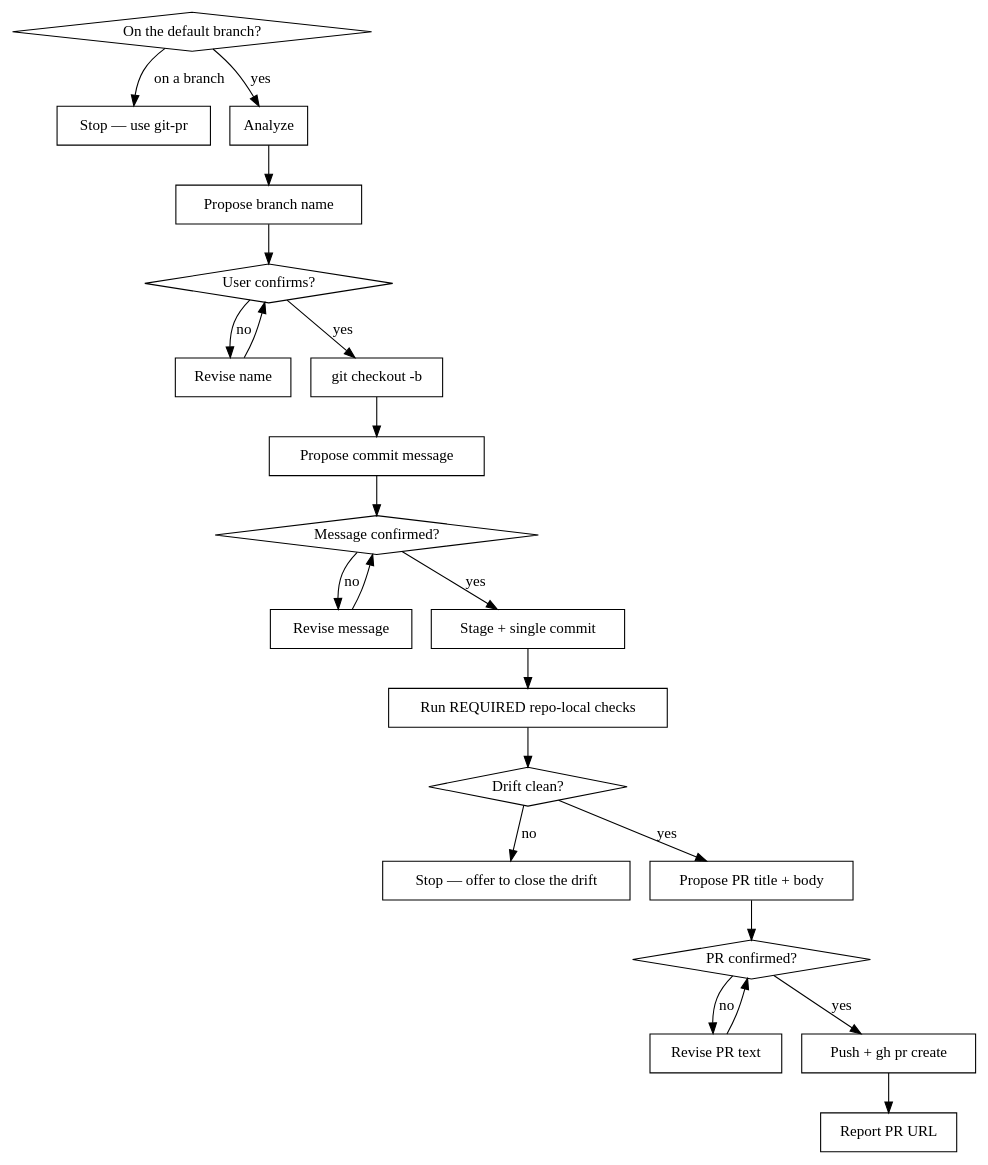
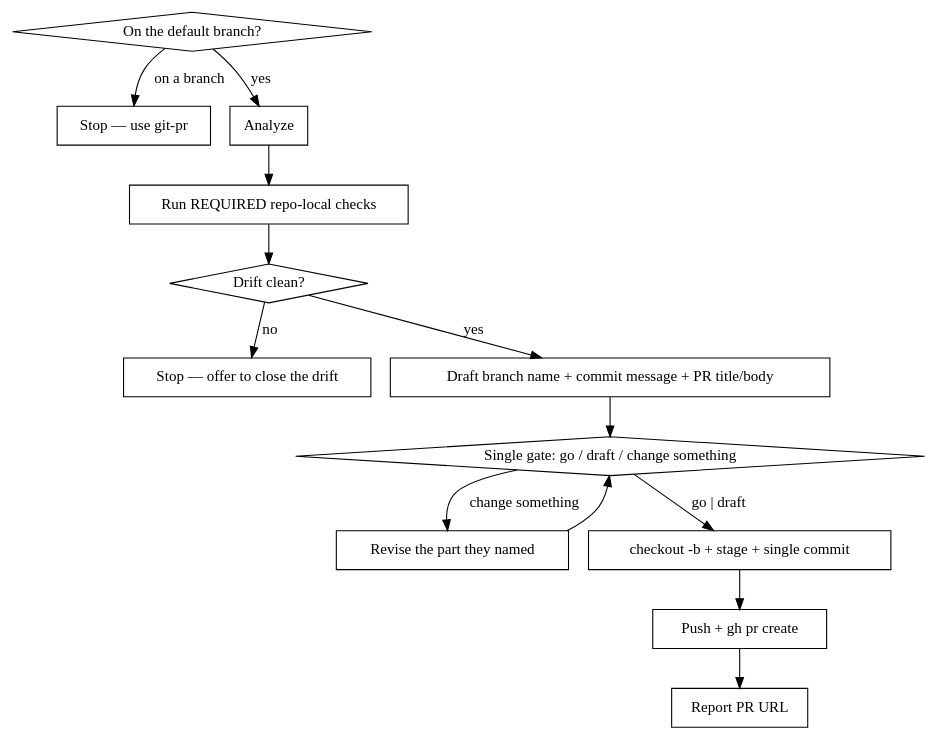
One commit to l0lxl0lw/dotfiles changed the diagram in ai/shared/skills/git/git-branch-and-pr/SKILL.md. Above: the diagram before and after it, drawn with Graphviz. The commit also changed other lines of this file and 4 other files, not shown here.

First line of the commit message:
refactor(skills): collapse the git skills to a single question gate

````diff
--- a/ai/shared/skills/git/git-branch-and-pr/SKILL.md
+++ b/ai/shared/skills/git/git-branch-and-pr/SKILL.md
@@ -31,45 +31,29 @@
 ```dot
 digraph branchandpr {
     "On the default branch?" [shape=diamond];
     "Stop — use git-pr" [shape=box];
     "Analyze" [shape=box];
-    "Propose branch name" [shape=box];
-    "User confirms?" [shape=diamond];
-    "Revise name" [shape=box];
-    "git checkout -b" [shape=box];
-    "Propose commit message" [shape=box];
-    "Message confirmed?" [shape=diamond];
-    "Revise message" [shape=box];
-    "Stage + single commit" [shape=box];
     "Run REQUIRED repo-local checks" [shape=box];
     "Drift clean?" [shape=diamond];
     "Stop — offer to close the drift" [shape=box];
-    "Propose PR title + body" [shape=box];
-    "PR confirmed?" [shape=diamond];
-    "Revise PR text" [shape=box];
+    "Draft branch name + commit message + PR title/body" [shape=box];
+    "Single gate: go / draft / change something" [shape=diamond];
+    "Revise the part they named" [shape=box];
+    "checkout -b + stage + single commit" [shape=box];
     "Push + gh pr create" [shape=box];
     "Report PR URL" [shape=box];
 
     "On the default branch?" -> "Stop — use git-pr" [label="on a branch"];
     "On the default branch?" -> "Analyze" [label="yes"];
-    "Analyze" -> "Propose branch name";
-    "Propose branch name" -> "User confirms?";
-    "User confirms?" -> "Revise name" [label="no"];
-    "Revise name" -> "User confirms?";
-    "User confirms?" -> "git checkout -b" [label="yes"];
-    "git checkout -b" -> "Propose commit message";
-    "Propose commit message" -> "Message confirmed?";
-    "Message confirmed?" -> "Revise message" [label="no"];
-    "Revise message" -> "Message confirmed?";
-    "Message confirmed?" -> "Stage + single commit" [label="yes"];
-    "Stage + single commit" -> "Run REQUIRED repo-local checks";
+    "Analyze" -> "Run REQUIRED repo-local checks";
     "Run REQUIRED repo-local checks" -> "Drift clean?";
     "Drift clean?" -> "Stop — offer to close the drift" [label="no"];
-    "Drift clean?" -> "Propose PR title + body" [label="yes"];
-    "Propose PR title + body" -> "PR confirmed?";
-    "PR confirmed?" -> "Revise PR text" [label="no"];
-    "Revise PR text" -> "PR confirmed?";
-    "PR confirmed?" -> "Push + gh pr create" [label="yes"];
+    "Drift clean?" -> "Draft branch name + commit message + PR title/body" [label="yes"];
+    "Draft branch name + commit message + PR title/body" -> "Single gate: go / draft / change something";
+    "Single gate: go / draft / change something" -> "Revise the part they named" [label="change something"];
+    "Revise the part they named" -> "Single gate: go / draft / change something";
+    "Single gate: go / draft / change something" -> "checkout -b + stage + single commit" [label="go | draft"];
+    "checkout -b + stage + single commit" -> "Push + gh pr create";
     "Push + gh pr create" -> "Report PR URL";
 }
 ```
````
